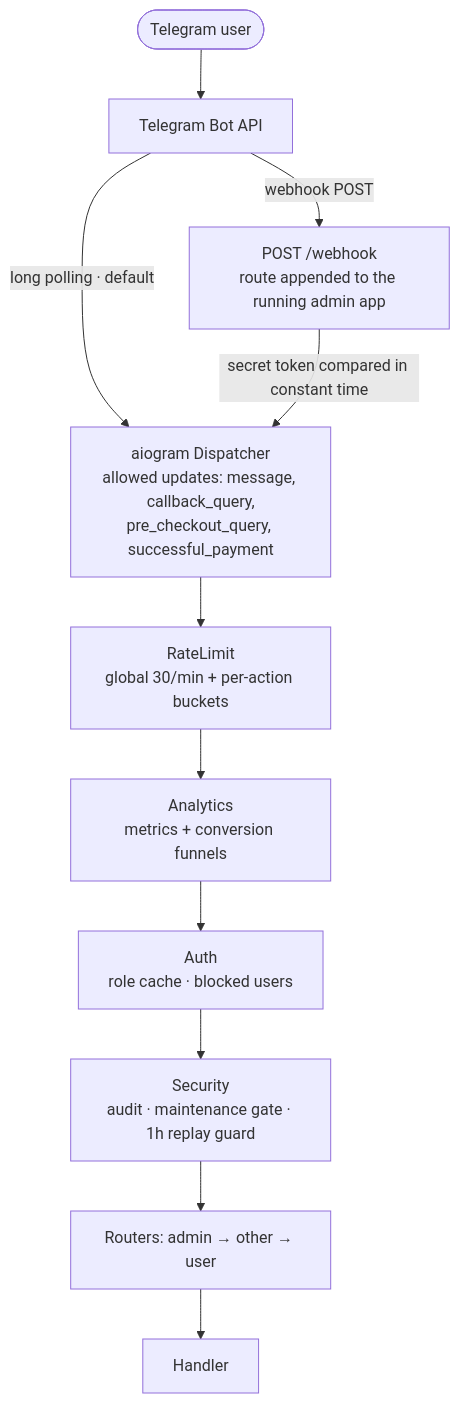
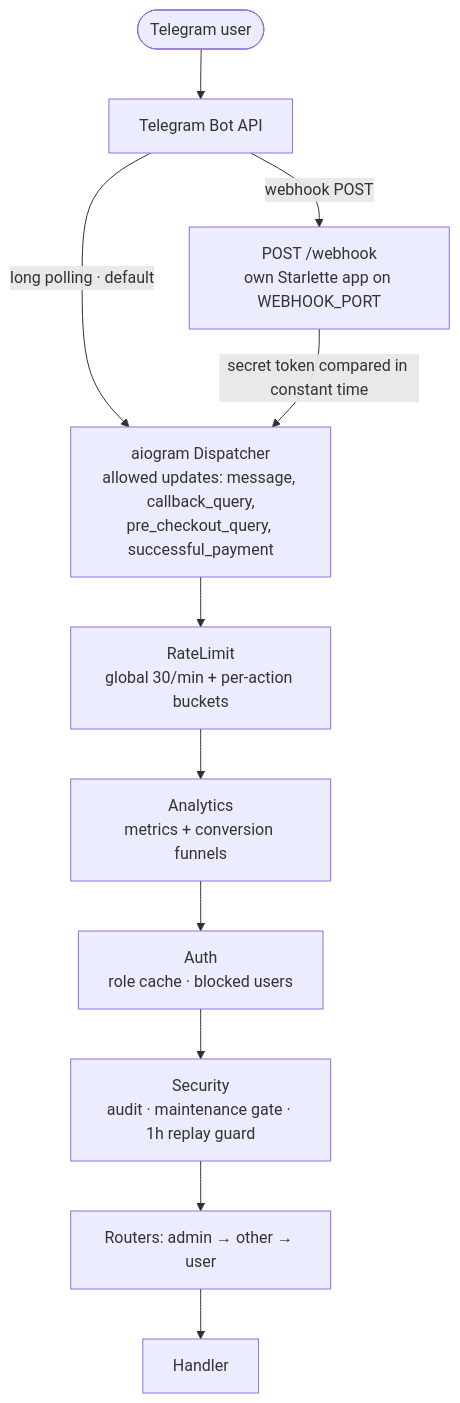
Before and after one commit to interlumpen/Telegram-shop: the first of 4 diagrams in README.md, drawn with Mermaid. The commit also changed other lines of this file and 41 other files, not shown here.

````diff
--- a/README.md
+++ b/README.md
@@ -121,14 +121,14 @@
 ```mermaid
 flowchart TD
     U([Telegram user]) --> API[Telegram Bot API]
     API -->|long polling · default| DP
-    API -->|webhook POST| WH["POST /webhook<br/>route appended to the running admin app"]
+    API -->|webhook POST| WH["POST /webhook<br/>own Starlette app on WEBHOOK_PORT"]
     WH -->|secret token compared in constant time| DP
     DP["aiogram Dispatcher<br/>allowed updates: message, callback_query,<br/>pre_checkout_query, successful_payment"]
     DP --> M1["RateLimit<br/>global 30/min + per-action buckets"]
     M1 --> M2["Analytics<br/>metrics + conversion funnels"]
     M2 --> M3["Auth<br/>role cache · blocked users"]
     M3 --> M4["Security<br/>audit · maintenance gate · 1h replay guard"]
     M4 --> R["Routers: admin → other → user"]
     R --> H[Handler]
 ```
````
